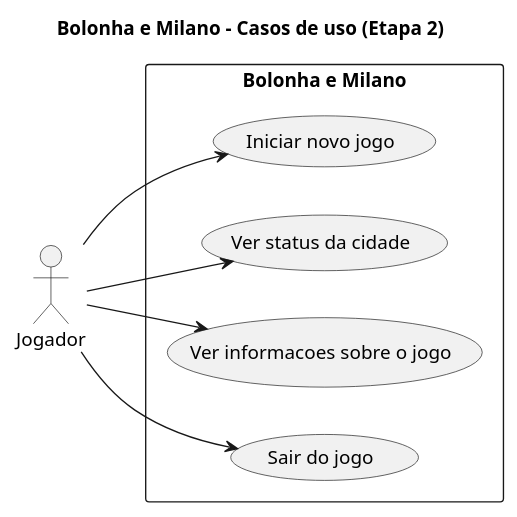
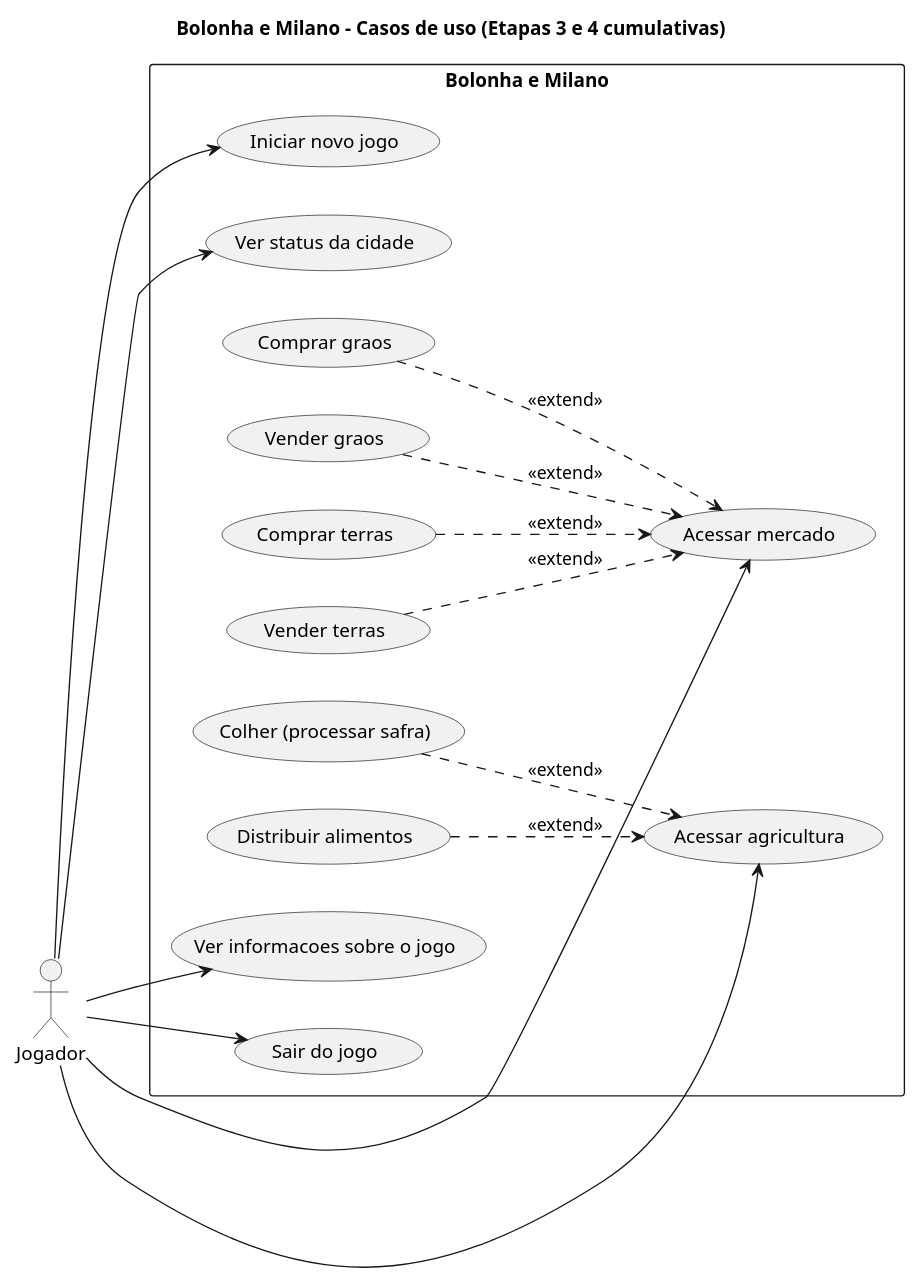
One commit to LeviAlves01/projeto-bologna-e-milano changed the diagram in projeto-bolonha-e-milano/casos-de-uso/diagrama-de-casos-de-uso.puml. Above: the diagram before and after it, drawn with PlantUML. The commit also changed 14 other files, not shown here.

```diff
--- a/projeto-bolonha-e-milano/casos-de-uso/diagrama-de-casos-de-uso.puml
+++ b/projeto-bolonha-e-milano/casos-de-uso/diagrama-de-casos-de-uso.puml
@@ -1,17 +1,36 @@
 @startuml
-title Bolonha e Milano - Casos de uso (Etapa 2)
+title Bolonha e Milano - Casos de uso (Etapas 3 e 4 cumulativas)
 left to right direction
 actor Jogador
 
 rectangle "Bolonha e Milano" {
   usecase "Iniciar novo jogo" as UC1
   usecase "Ver status da cidade" as UC2
-  usecase "Ver informacoes sobre o jogo" as UC3
-  usecase "Sair do jogo" as UC4
+  usecase "Acessar mercado" as UC3
+  usecase "Comprar graos" as UC31
+  usecase "Vender graos" as UC32
+  usecase "Comprar terras" as UC33
+  usecase "Vender terras" as UC34
+  usecase "Acessar agricultura" as UC4
+  usecase "Colher (processar safra)" as UC41
+  usecase "Distribuir alimentos" as UC42
+  usecase "Ver informacoes sobre o jogo" as UC5
+  usecase "Sair do jogo" as UC6
 }
 
 Jogador --> UC1
 Jogador --> UC2
 Jogador --> UC3
 Jogador --> UC4
+Jogador --> UC5
+Jogador --> UC6
+
+UC31 ..> UC3 : <<extend>>
+UC32 ..> UC3 : <<extend>>
+UC33 ..> UC3 : <<extend>>
+UC34 ..> UC3 : <<extend>>
+
+UC41 ..> UC4 : <<extend>>
+UC42 ..> UC4 : <<extend>>
+
 @enduml
```
